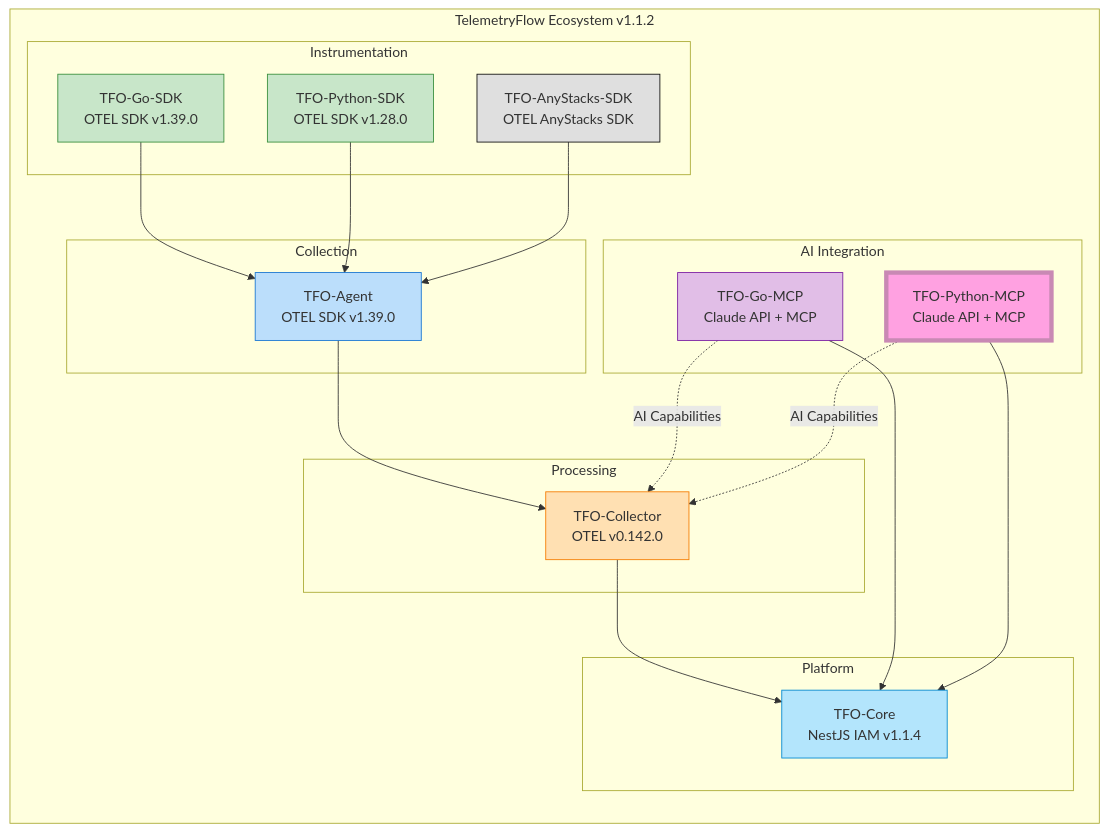
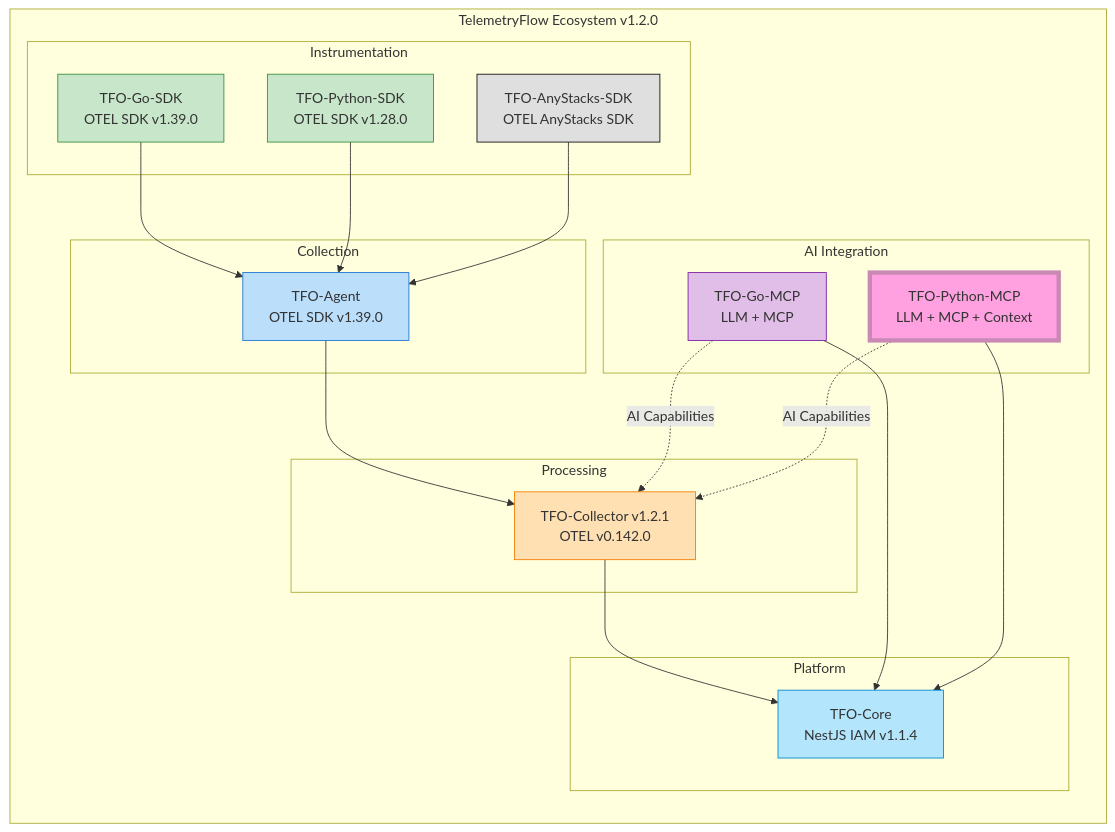
The first of 3 diagrams in README.md (telemetryflow/telemetryflow-python-mcp), drawn with Mermaid before and after one commit. The commit also changed other lines of this file and 89 other files, not shown here.

Commit message:
fix: Upgrade Python MCP to v1.2.0

````diff
--- a/README.md
+++ b/README.md
@@ -39,42 +41,42 @@
 ```mermaid
 graph LR
-    subgraph "TelemetryFlow Ecosystem v1.1.2"
+    subgraph "TelemetryFlow Ecosystem v1.2.0"
         subgraph "Instrumentation"
             SDK_GO[TFO-Go-SDK<br/>OTEL SDK v1.39.0]
             SDK_PY[TFO-Python-SDK<br/>OTEL SDK v1.28.0]
             SDK_OTHER[TFO-AnyStacks-SDK<br/>OTEL AnyStacks SDK]
         end
         subgraph "Collection"
             AGENT[TFO-Agent<br/>OTEL SDK v1.39.0]
         end
         subgraph "Processing"
-            COLLECTOR[TFO-Collector<br/>OTEL v0.142.0]
+            COLLECTOR[TFO-Collector v1.2.1<br/>OTEL v0.142.0]
         end
         subgraph "AI Integration"
-            MCP_GO[TFO-Go-MCP<br/>Claude API + MCP]
-            MCP_PY[TFO-Python-MCP<br/>Claude API + MCP]
+            MCP_GO[TFO-Go-MCP<br/>LLM + MCP]
+            MCP_PY[TFO-Python-MCP<br/>LLM + MCP + Context]
         end
         subgraph "Platform"
             CORE[TFO-Core<br/>NestJS IAM v1.1.4]
         end
     end
 
     SDK_GO --> AGENT
     SDK_PY --> AGENT
     SDK_OTHER --> AGENT
     AGENT --> COLLECTOR
     COLLECTOR --> CORE
     MCP_GO --> CORE
     MCP_PY --> CORE
     MCP_GO -.-> |AI Capabilities| COLLECTOR
     MCP_PY -.-> |AI Capabilities| COLLECTOR
 
     style MCP_GO fill:#E1BEE7,stroke:#7B1FA2
     style MCP_PY fill:#FFA1E1,stroke:#C989B4,stroke-width:5px
     style SDK_GO fill:#C8E6C9,stroke:#388E3C
     style SDK_PY fill:#C8E6C9,stroke:#388E3C
     style SDK_OTHER fill:#DFDFDF,stroke:#0F0F0F
     style AGENT fill:#BBDEFB,stroke:#1976D2
     style COLLECTOR fill:#FFE0B2,stroke:#F57C00
     style CORE fill:#B3E5FC,stroke:#0288D1
 ```
````
